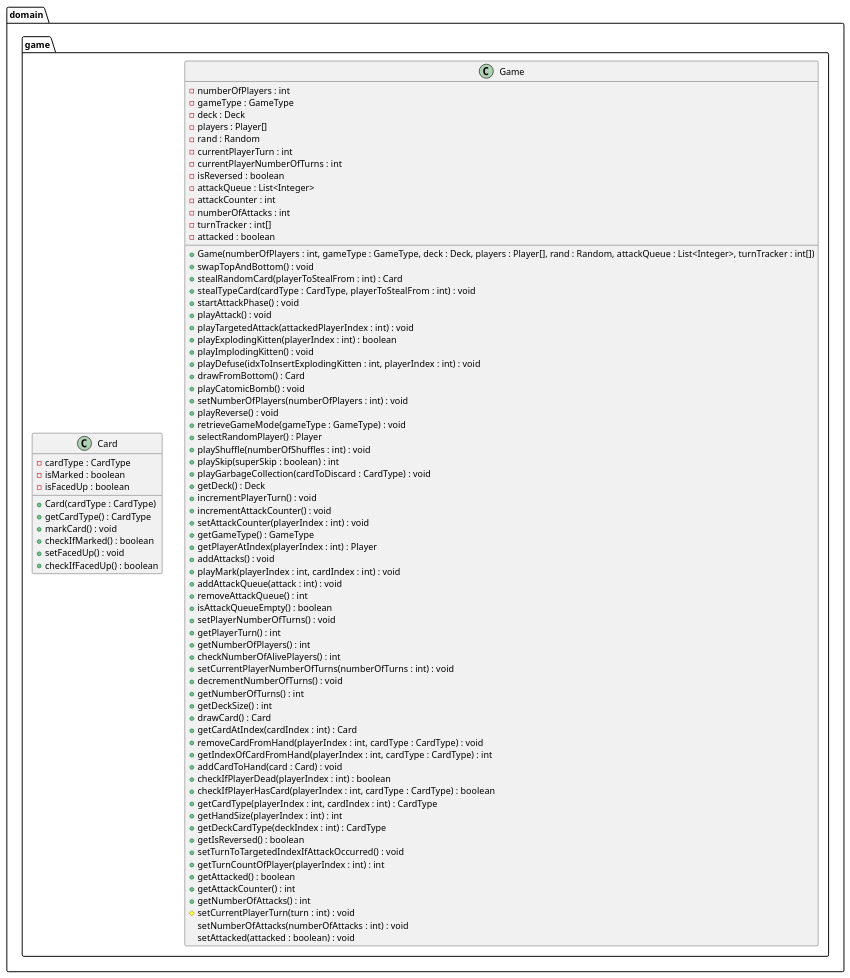
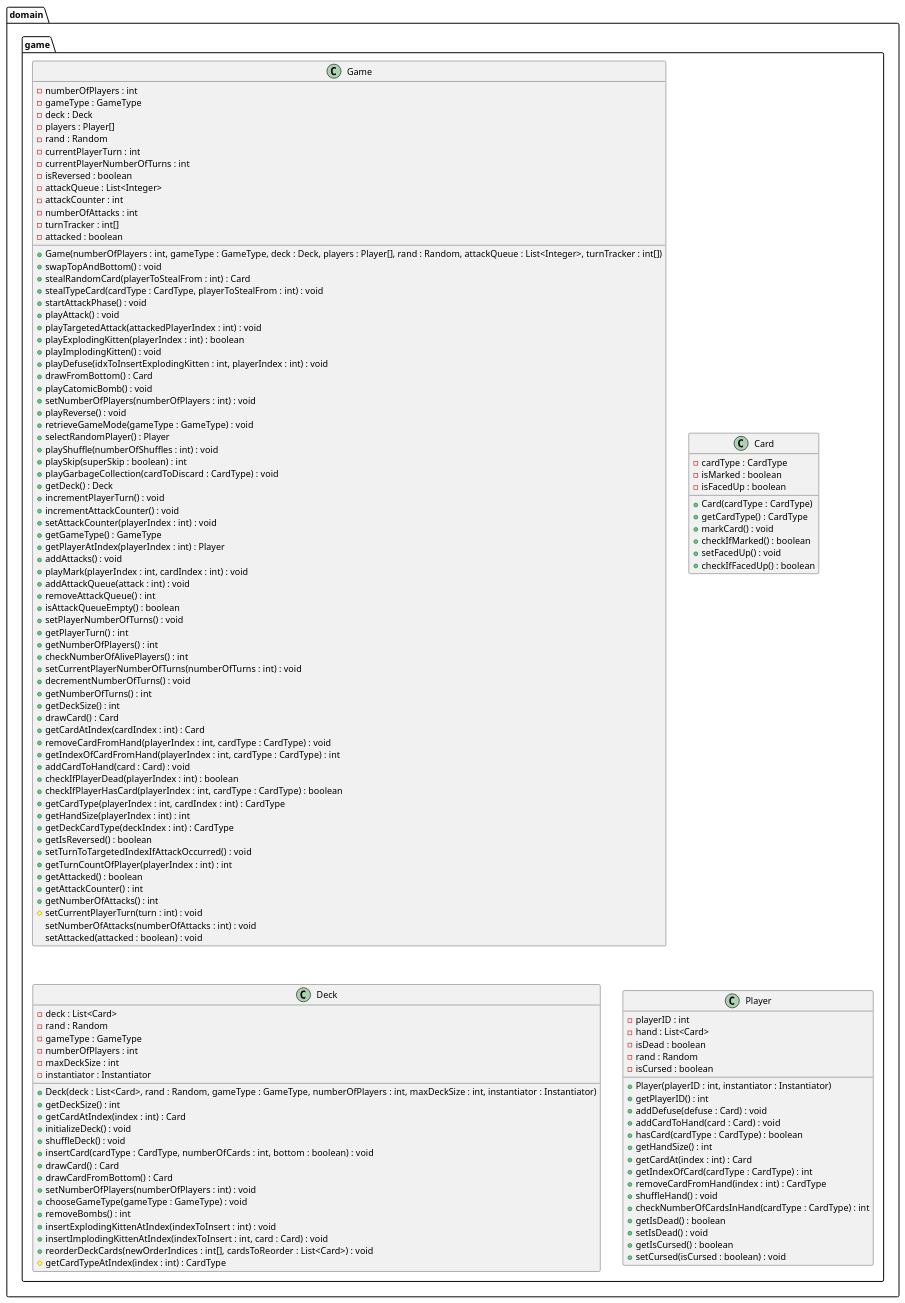
Before and after one commit to nu-cs-sw-design/project-20252601-daniel_final_project: the diagram in docs/design/given.puml, drawn with PlantUML.

Commit message:
Add deck and player classes

```diff
--- a/docs/design/given.puml
+++ b/docs/design/given.puml
@@ -1,90 +1,137 @@
 @startuml
 
 package domain.game {
   class Game {
     -numberOfPlayers : int
     -gameType : GameType
     -deck : Deck
     -players : Player[]
     -rand : Random
     -currentPlayerTurn : int
     -currentPlayerNumberOfTurns : int
     -isReversed : boolean
     -attackQueue : List<Integer>
     -attackCounter : int
     -numberOfAttacks : int
     -turnTracker : int[]
     -attacked : boolean
     +Game(numberOfPlayers : int, gameType : GameType, deck : Deck, players : Player[], rand : Random, attackQueue : List<Integer>, turnTracker : int[])
     +swapTopAndBottom() : void
     +stealRandomCard(playerToStealFrom : int) : Card
     +stealTypeCard(cardType : CardType, playerToStealFrom : int) : void
     +startAttackPhase() : void
     +playAttack() : void
     +playTargetedAttack(attackedPlayerIndex : int) : void
     +playExplodingKitten(playerIndex : int) : boolean
     +playImplodingKitten() : void
     +playDefuse(idxToInsertExplodingKitten : int, playerIndex : int) : void
     +drawFromBottom() : Card
     +playCatomicBomb() : void
     +setNumberOfPlayers(numberOfPlayers : int) : void
     +playReverse() : void
     +retrieveGameMode(gameType : GameType) : void
     +selectRandomPlayer() : Player
     +playShuffle(numberOfShuffles : int) : void
     +playSkip(superSkip : boolean) : int
     +playGarbageCollection(cardToDiscard : CardType) : void
     +getDeck() : Deck
     +incrementPlayerTurn() : void
     +incrementAttackCounter() : void
     +setAttackCounter(playerIndex : int) : void
     +getGameType() : GameType
     +getPlayerAtIndex(playerIndex : int) : Player
     +addAttacks() : void
     +playMark(playerIndex : int, cardIndex : int) : void
     +addAttackQueue(attack : int) : void
     +removeAttackQueue() : int
     +isAttackQueueEmpty() : boolean
     +setPlayerNumberOfTurns() : void
     +getPlayerTurn() : int
     +getNumberOfPlayers() : int
     +checkNumberOfAlivePlayers() : int
     +setCurrentPlayerNumberOfTurns(numberOfTurns : int) : void
     +decrementNumberOfTurns() : void
     +getNumberOfTurns() : int
     +getDeckSize() : int
     +drawCard() : Card
     +getCardAtIndex(cardIndex : int) : Card
     +removeCardFromHand(playerIndex : int, cardType : CardType) : void
     +getIndexOfCardFromHand(playerIndex : int, cardType : CardType) : int
     +addCardToHand(card : Card) : void
     +checkIfPlayerDead(playerIndex : int) : boolean
     +checkIfPlayerHasCard(playerIndex : int, cardType : CardType) : boolean
     +getCardType(playerIndex : int, cardIndex : int) : CardType
     +getHandSize(playerIndex : int) : int
     +getDeckCardType(deckIndex : int) : CardType
     +getIsReversed() : boolean
     +setTurnToTargetedIndexIfAttackOccurred() : void
     +getTurnCountOfPlayer(playerIndex : int) : int
     +getAttacked() : boolean
     +getAttackCounter() : int
     +getNumberOfAttacks() : int
     #setCurrentPlayerTurn(turn : int) : void
     setNumberOfAttacks(numberOfAttacks : int) : void
     setAttacked(attacked : boolean) : void
   }
   
   class Card {
     -cardType : CardType
     -isMarked : boolean
     -isFacedUp : boolean
     +Card(cardType : CardType)
     +getCardType() : CardType
     +markCard() : void
     +checkIfMarked() : boolean
     +setFacedUp() : void
     +checkIfFacedUp() : boolean
   }
+  
+  class Deck {
+    -deck : List<Card>
+    -rand : Random
+    -gameType : GameType
+    -numberOfPlayers : int
+    -maxDeckSize : int
+    -instantiator : Instantiator
+    +Deck(deck : List<Card>, rand : Random, gameType : GameType, numberOfPlayers : int, maxDeckSize : int, instantiator : Instantiator)
+    +getDeckSize() : int
+    +getCardAtIndex(index : int) : Card
+    +initializeDeck() : void
+    +shuffleDeck() : void
+    +insertCard(cardType : CardType, numberOfCards : int, bottom : boolean) : void
+    +drawCard() : Card
+    +drawCardFromBottom() : Card
+    +setNumberOfPlayers(numberOfPlayers : int) : void
+    +chooseGameType(gameType : GameType) : void
+    +removeBombs() : int
+    +insertExplodingKittenAtIndex(indexToInsert : int) : void
+    +insertImplodingKittenAtIndex(indexToInsert : int, card : Card) : void
+    +reorderDeckCards(newOrderIndices : int[], cardsToReorder : List<Card>) : void
+    #getCardTypeAtIndex(index : int) : CardType
+  }
+  
+  class Player {
+    -playerID : int
+    -hand : List<Card>
+    -isDead : boolean
+    -rand : Random
+    -isCursed : boolean
+    +Player(playerID : int, instantiator : Instantiator)
+    +getPlayerID() : int
+    +addDefuse(defuse : Card) : void
+    +addCardToHand(card : Card) : void
+    +hasCard(cardType : CardType) : boolean
+    +getHandSize() : int
+    +getCardAt(index : int) : Card
+    +getIndexOfCard(cardType : CardType) : int
+    +removeCardFromHand(index : int) : CardType
+    +shuffleHand() : void
+    +checkNumberOfCardsInHand(cardType : CardType) : int
+    +getIsDead() : boolean
+    +setIsDead() : void
+    +getIsCursed() : boolean
+    +setCursed(isCursed : boolean) : void
+  }
 }
 
 @enduml
```
